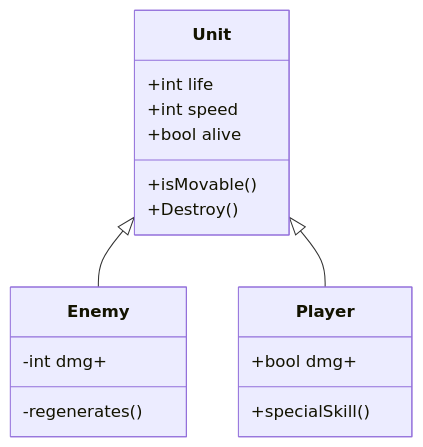
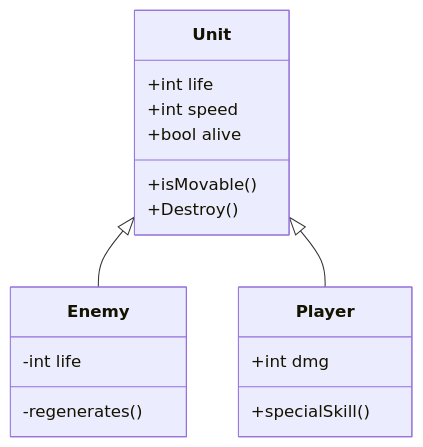
One commit to j5x/PvB2025 changed the second of 2 diagrams in README.md. Above: the diagram before and after it, drawn with Mermaid.

````diff
--- a/README.md
+++ b/README.md
@@ -73,19 +73,19 @@
 ```mermaid
 classDiagram
 
 Unit <|-- Enemy
 Unit <|-- Player
 Unit : +int life
 Unit : +int speed
 Unit : +bool alive
 Unit: +isMovable()
 Unit: +Destroy()
 class Enemy{
--int dmg+
+-int life
 -regenerates()
 }
 class Player{
-+bool dmg+
++int dmg
 +specialSkill()
 }
 ```
````
